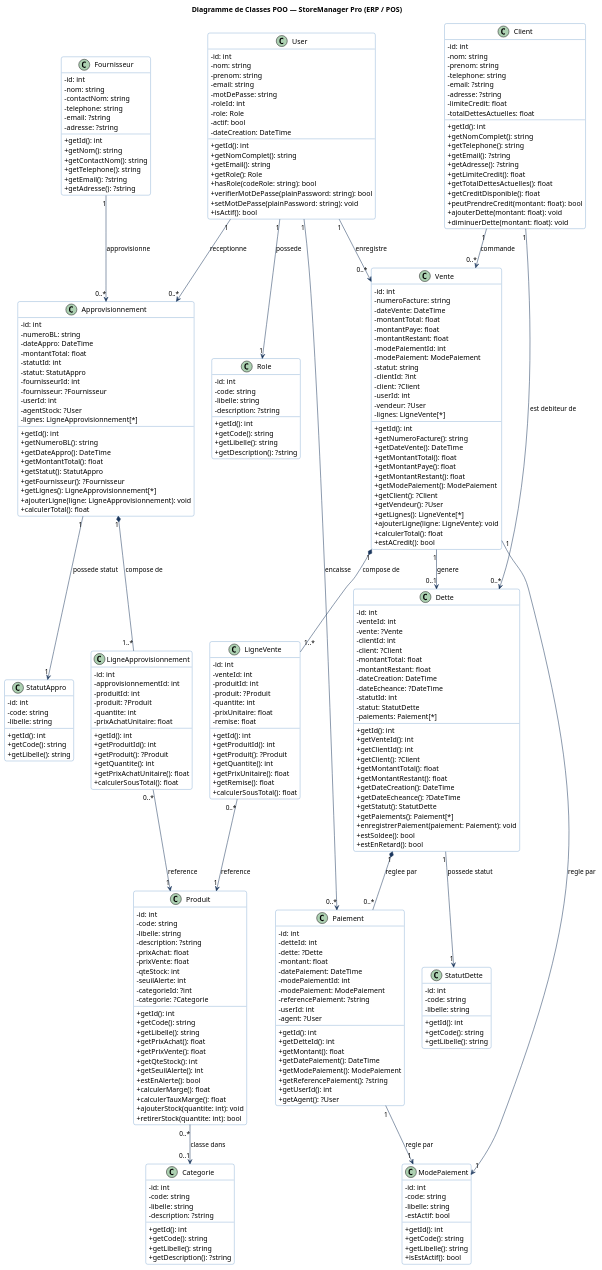
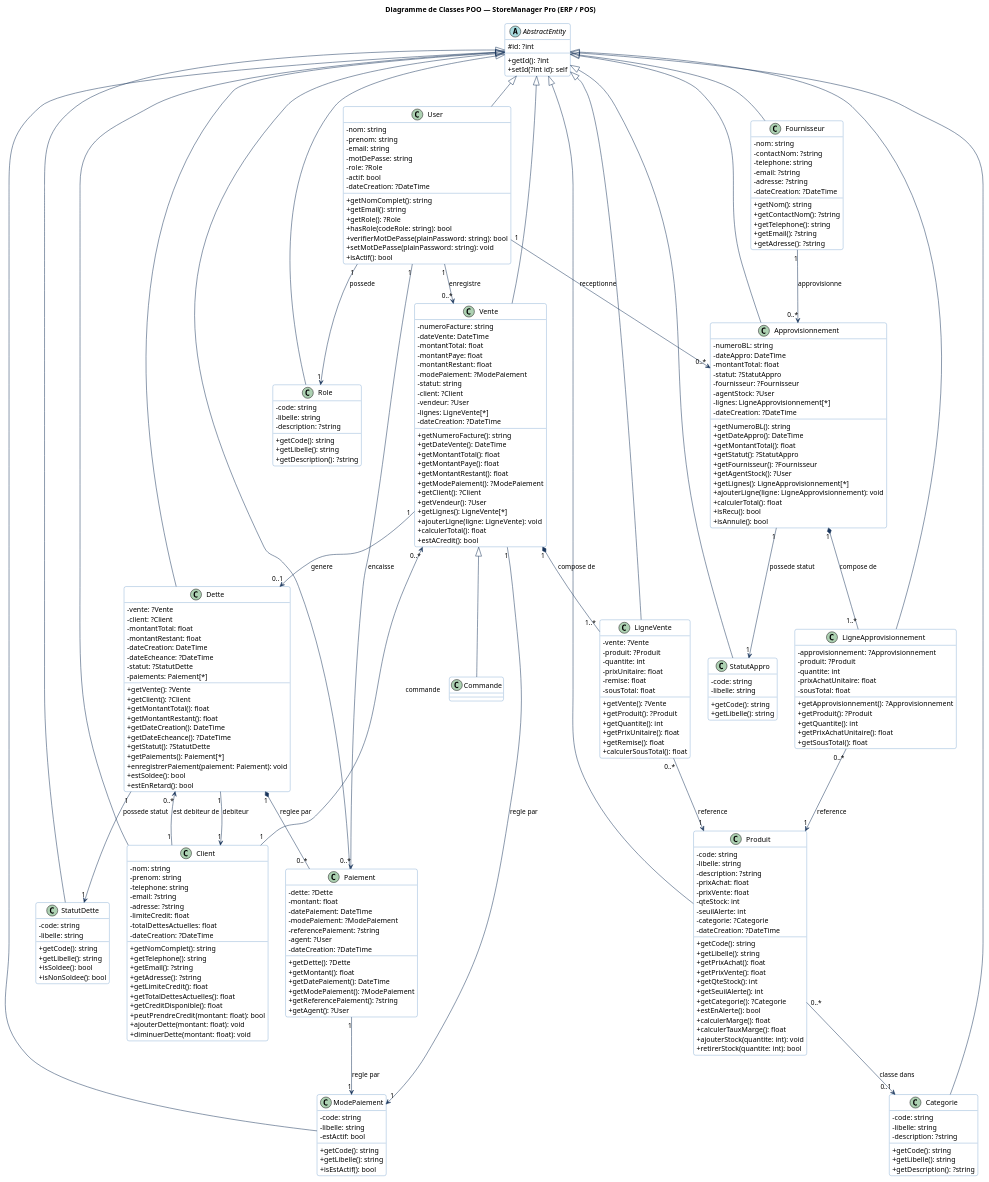
One commit to yussuf9900/Store-Manager-Pro-POO changed the diagram in docs/diagramme_classes.puml. Above: the diagram before and after it, drawn with PlantUML. The commit also changed 27 other files, not shown here.

Commit message:
feat(entity): creation des entites POO avec encapsulation et methodes metier

```diff
--- a/docs/diagramme_classes.puml
+++ b/docs/diagramme_classes.puml
@@ -12,79 +12,73 @@
 
 title **Diagramme de Classes POO — StoreManager Pro (ERP / POS)**
 
-class Role {
-    -id: int
+abstract class AbstractEntity {
+    #id: ?int
+    +getId(): ?int
+    +setId(?int id): self
+}
+
+class Role extends AbstractEntity {
     -code: string
     -libelle: string
     -description: ?string
-    +getId(): int
     +getCode(): string
     +getLibelle(): string
     +getDescription(): ?string
 }
 
-class StatutDette {
-    -id: int
+class StatutDette extends AbstractEntity {
     -code: string
     -libelle: string
-    +getId(): int
     +getCode(): string
     +getLibelle(): string
+    +isSoldee(): bool
+    +isNonSoldee(): bool
 }
 
-class ModePaiement {
-    -id: int
+class ModePaiement extends AbstractEntity {
     -code: string
     -libelle: string
     -estActif: bool
-    +getId(): int
     +getCode(): string
     +getLibelle(): string
     +isEstActif(): bool
 }
 
-class StatutAppro {
-    -id: int
+class StatutAppro extends AbstractEntity {
     -code: string
     -libelle: string
-    +getId(): int
     +getCode(): string
     +getLibelle(): string
 }
 
-class Categorie {
-    -id: int
+class Categorie extends AbstractEntity {
     -code: string
     -libelle: string
     -description: ?string
-    +getId(): int
     +getCode(): string
     +getLibelle(): string
     +getDescription(): ?string
 }
 
-class User {
-    -id: int
+class User extends AbstractEntity {
     -nom: string
     -prenom: string
     -email: string
     -motDePasse: string
-    -roleId: int
-    -role: Role
+    -role: ?Role
     -actif: bool
-    -dateCreation: DateTime
-    +getId(): int
+    -dateCreation: ?DateTime
     +getNomComplet(): string
     +getEmail(): string
-    +getRole(): Role
+    +getRole(): ?Role
     +hasRole(codeRole: string): bool
     +verifierMotDePasse(plainPassword: string): bool
     +setMotDePasse(plainPassword: string): void
     +isActif(): bool
 }
 
-class Produit {
-    -id: int
+class Produit extends AbstractEntity {
     -code: string
     -libelle: string
     -description: ?string
@@ -92,15 +86,15 @@
     -prixVente: float
     -qteStock: int
     -seuilAlerte: int
-    -categorieId: ?int
     -categorie: ?Categorie
-    +getId(): int
+    -dateCreation: ?DateTime
     +getCode(): string
     +getLibelle(): string
     +getPrixAchat(): float
     +getPrixVente(): float
     +getQteStock(): int
     +getSeuilAlerte(): int
+    +getCategorie(): ?Categorie
     +estEnAlerte(): bool
     +calculerMarge(): float
     +calculerTauxMarge(): float
@@ -108,8 +102,7 @@
     +retirerStock(quantite: int): bool
 }
 
-class Client {
-    -id: int
+class Client extends AbstractEntity {
     -nom: string
     -prenom: string
     -telephone: string
@@ -117,7 +110,7 @@
     -adresse: ?string
     -limiteCredit: float
     -totalDettesActuelles: float
-    +getId(): int
+    -dateCreation: ?DateTime
     +getNomComplet(): string
     +getTelephone(): string
     +getEmail(): ?string
@@ -130,43 +123,38 @@
     +diminuerDette(montant: float): void
 }
 
-class Fournisseur {
-    -id: int
+class Fournisseur extends AbstractEntity {
     -nom: string
-    -contactNom: string
+    -contactNom: ?string
     -telephone: string
     -email: ?string
     -adresse: ?string
-    +getId(): int
+    -dateCreation: ?DateTime
     +getNom(): string
-    +getContactNom(): string
+    +getContactNom(): ?string
     +getTelephone(): string
     +getEmail(): ?string
     +getAdresse(): ?string
 }
 
-class Vente {
-    -id: int
+class Vente extends AbstractEntity {
     -numeroFacture: string
     -dateVente: DateTime
     -montantTotal: float
     -montantPaye: float
     -montantRestant: float
-    -modePaiementId: int
-    -modePaiement: ModePaiement
+    -modePaiement: ?ModePaiement
     -statut: string
-    -clientId: ?int
     -client: ?Client
-    -userId: int
     -vendeur: ?User
     -lignes: LigneVente[*]
-    +getId(): int
+    -dateCreation: ?DateTime
     +getNumeroFacture(): string
     +getDateVente(): DateTime
     +getMontantTotal(): float
     +getMontantPaye(): float
     +getMontantRestant(): float
-    +getModePaiement(): ModePaiement
+    +getModePaiement(): ?ModePaiement
     +getClient(): ?Client
     +getVendeur(): ?User
     +getLignes(): LigneVente[*]
@@ -175,16 +163,17 @@
     +estACredit(): bool
 }
 
-class LigneVente {
-    -id: int
-    -venteId: int
-    -produitId: int
+class Commande extends Vente {
+}
+
+class LigneVente extends AbstractEntity {
+    -vente: ?Vente
     -produit: ?Produit
     -quantite: int
     -prixUnitaire: float
     -remise: float
-    +getId(): int
-    +getProduitId(): int
+    -sousTotal: float
+    +getVente(): ?Vente
     +getProduit(): ?Produit
     +getQuantite(): int
     +getPrixUnitaire(): float
@@ -192,91 +181,77 @@
     +calculerSousTotal(): float
 }
 
-class Dette {
-    -id: int
-    -venteId: int
+class Dette extends AbstractEntity {
     -vente: ?Vente
-    -clientId: int
     -client: ?Client
     -montantTotal: float
     -montantRestant: float
     -dateCreation: DateTime
     -dateEcheance: ?DateTime
-    -statutId: int
-    -statut: StatutDette
+    -statut: ?StatutDette
     -paiements: Paiement[*]
-    +getId(): int
-    +getVenteId(): int
-    +getClientId(): int
+    +getVente(): ?Vente
     +getClient(): ?Client
     +getMontantTotal(): float
     +getMontantRestant(): float
     +getDateCreation(): DateTime
     +getDateEcheance(): ?DateTime
-    +getStatut(): StatutDette
+    +getStatut(): ?StatutDette
     +getPaiements(): Paiement[*]
     +enregistrerPaiement(paiement: Paiement): void
     +estSoldee(): bool
     +estEnRetard(): bool
 }
 
-class Paiement {
-    -id: int
-    -detteId: int
+class Paiement extends AbstractEntity {
     -dette: ?Dette
     -montant: float
     -datePaiement: DateTime
-    -modePaiementId: int
-    -modePaiement: ModePaiement
+    -modePaiement: ?ModePaiement
     -referencePaiement: ?string
-    -userId: int
     -agent: ?User
-    +getId(): int
-    +getDetteId(): int
+    -dateCreation: ?DateTime
+    +getDette(): ?Dette
     +getMontant(): float
     +getDatePaiement(): DateTime
-    +getModePaiement(): ModePaiement
+    +getModePaiement(): ?ModePaiement
     +getReferencePaiement(): ?string
-    +getUserId(): int
     +getAgent(): ?User
 }
 
-class Approvisionnement {
-    -id: int
+class Approvisionnement extends AbstractEntity {
     -numeroBL: string
     -dateAppro: DateTime
     -montantTotal: float
-    -statutId: int
-    -statut: StatutAppro
-    -fournisseurId: int
+    -statut: ?StatutAppro
     -fournisseur: ?Fournisseur
-    -userId: int
     -agentStock: ?User
     -lignes: LigneApprovisionnement[*]
-    +getId(): int
+    -dateCreation: ?DateTime
     +getNumeroBL(): string
     +getDateAppro(): DateTime
     +getMontantTotal(): float
-    +getStatut(): StatutAppro
+    +getStatut(): ?StatutAppro
     +getFournisseur(): ?Fournisseur
+    +getAgentStock(): ?User
     +getLignes(): LigneApprovisionnement[*]
     +ajouterLigne(ligne: LigneApprovisionnement): void
     +calculerTotal(): float
+    +isRecu(): bool
+    +isAnnule(): bool
 }
 
-class LigneApprovisionnement {
-    -id: int
-    -approvisionnementId: int
-    -produitId: int
+class LigneApprovisionnement extends AbstractEntity {
+    -approvisionnement: ?Approvisionnement
     -produit: ?Produit
     -quantite: int
     -prixAchatUnitaire: float
-    +getId(): int
-    +getProduitId(): int
+    -sousTotal: float
+    +getApprovisionnement(): ?Approvisionnement
     +getProduit(): ?Produit
     +getQuantite(): int
     +getPrixAchatUnitaire(): float
-    +calculerSousTotal(): float
+    +getSousTotal(): float
 }
 
 User "1" --> "1" Role : possede
@@ -295,6 +270,7 @@
 Vente "1" --> "0..1" Dette : genere
 Dette "1" *-- "0..*" Paiement : reglee par
 Dette "1" --> "1" StatutDette : possede statut
+Dette "1" --> "1" Client : debiteur
 
 Fournisseur "1" --> "0..*" Approvisionnement : approvisionne
 Approvisionnement "1" *-- "1..*" LigneApprovisionnement : compose de
```
